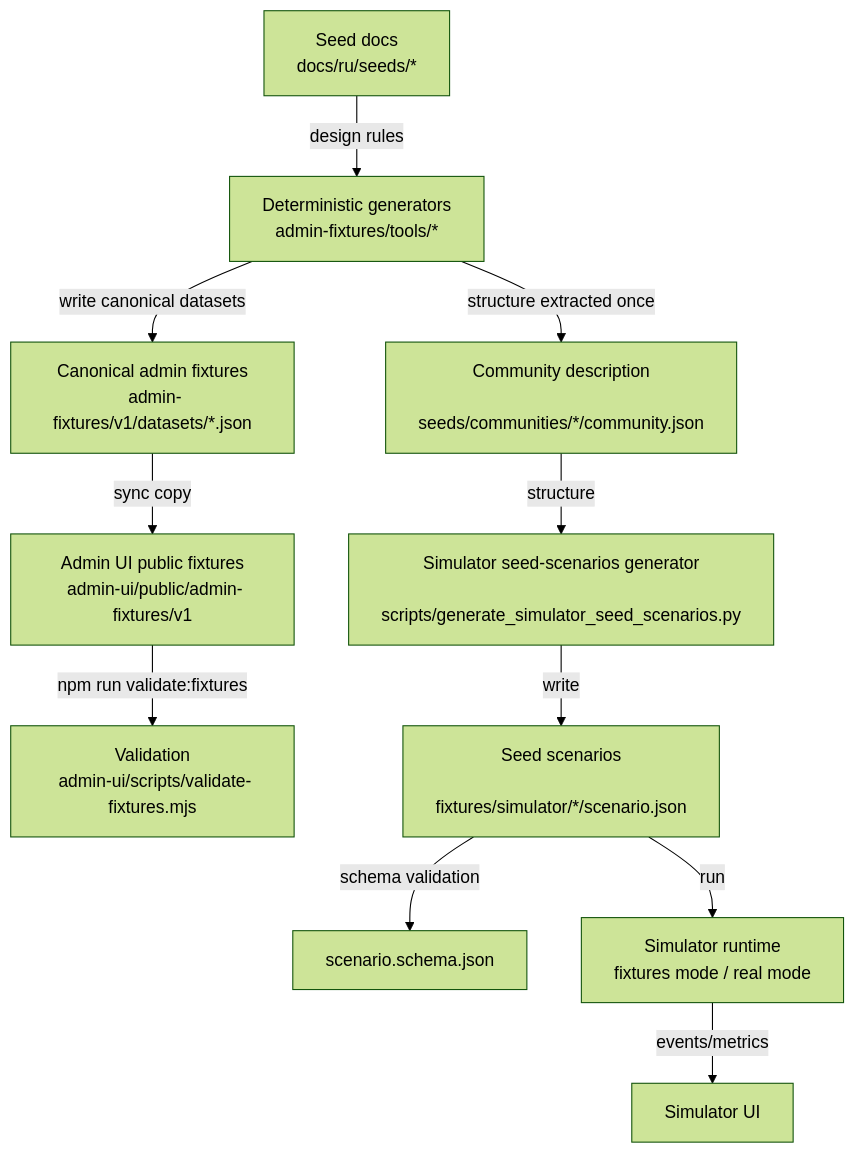
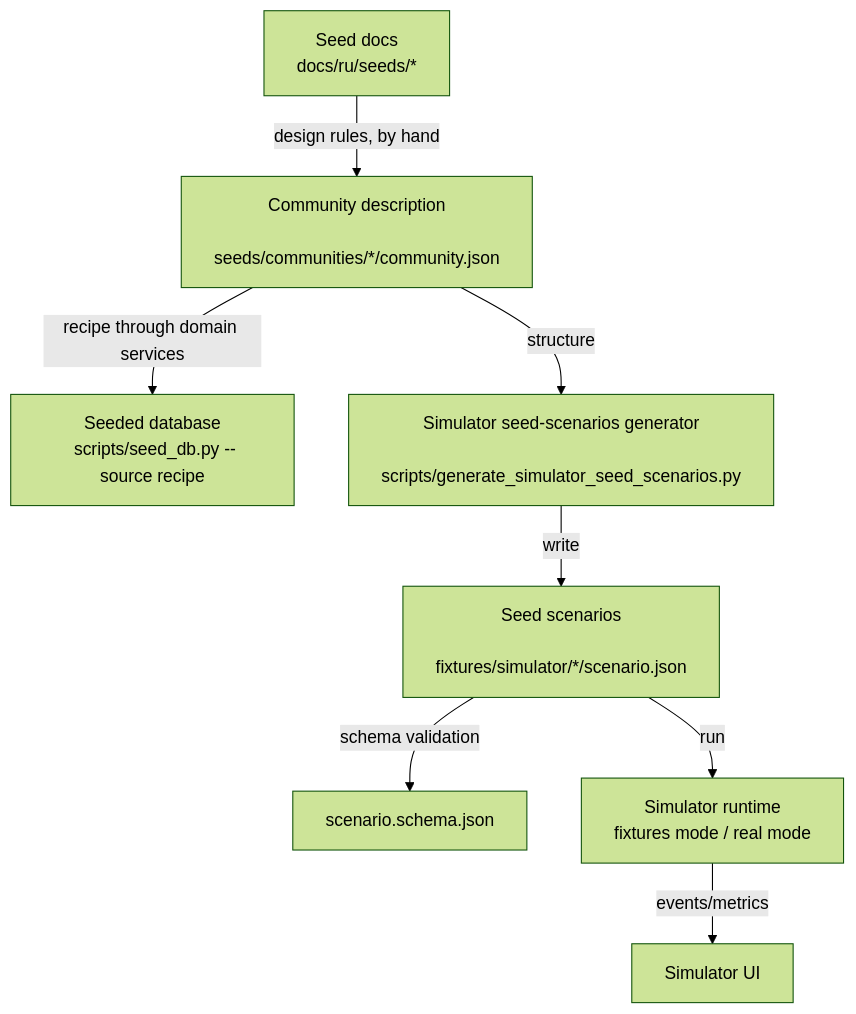
Before and after one commit to slawa19/GEOv0: the third of 4 diagrams in docs/ru/simulator/scenarios-and-engine.md, drawn with Mermaid (forest theme). The commit also changed other lines of this file and 23 other files, not shown here.

First line of the commit message:
docs(032/S4): describe the Admin UI without mock mode, fixtures or roles

````diff
--- a/docs/ru/simulator/scenarios-and-engine.md
+++ b/docs/ru/simulator/scenarios-and-engine.md
@@ -403,16 +384,11 @@
 ```mermaid
 flowchart TD
-  A[Seed docs\n docs/ru/seeds/*] -->|design rules| B[Deterministic generators\n admin-fixtures/tools/*]
-  B -->|write canonical datasets| C[Canonical admin fixtures\n admin-fixtures/v1/datasets/*.json]
-
-  C -->|sync copy| D[Admin UI public fixtures\n admin-ui/public/admin-fixtures/v1]
-  D -->|npm run validate:fixtures| Dv[Validation\n admin-ui/scripts/validate-fixtures.mjs]
-
-  B -->|structure extracted once| CD[Community description\n seeds/communities/*/community.json]
+  A[Seed docs\n docs/ru/seeds/*] -->|design rules, by hand| CD[Community description\n seeds/communities/*/community.json]
+  CD -->|recipe through domain services| DB[Seeded database\n scripts/seed_db.py --source recipe]
   CD -->|structure| E[Simulator seed-scenarios generator\n scripts/generate_simulator_seed_scenarios.py]
   E -->|write| F[Seed scenarios\n fixtures/simulator/*/scenario.json]
   F -->|schema validation| Fs[scenario.schema.json]
 
   F -->|run| G[Simulator runtime\n fixtures mode / real mode]
   G -->|events/metrics| H[Simulator UI]
 ```
````
